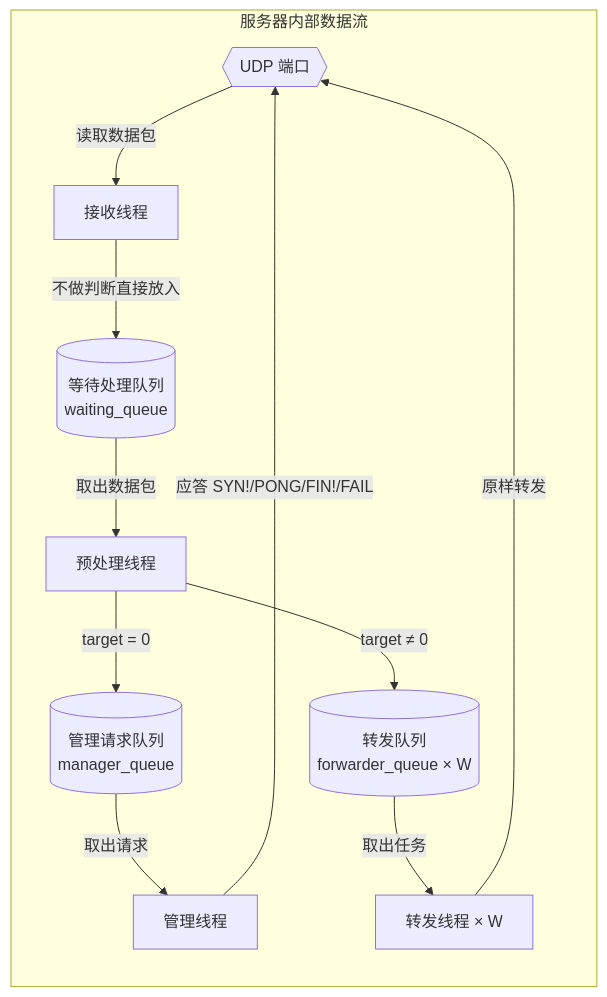
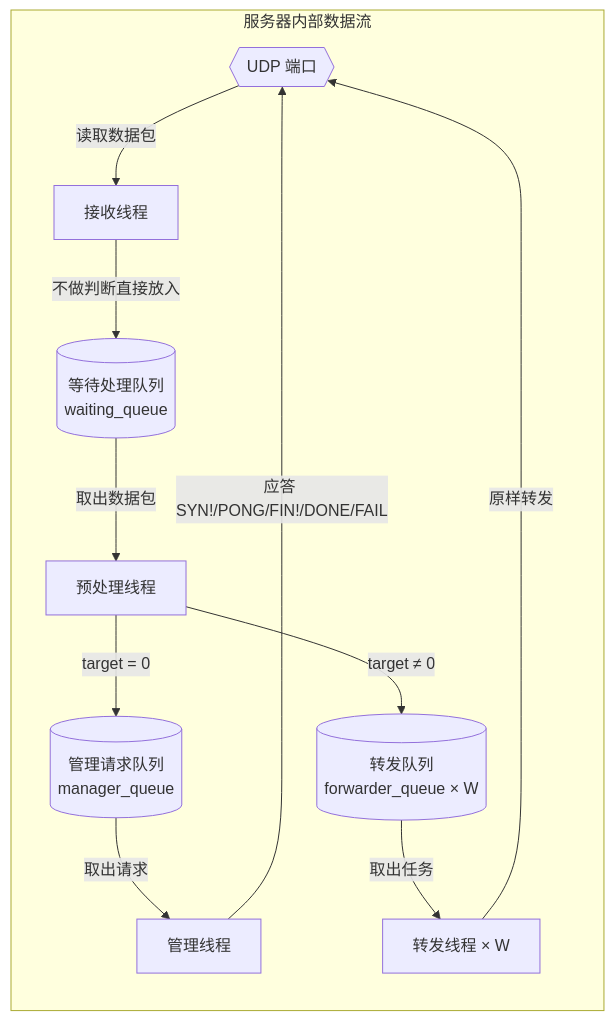
One commit to moky/magpie changed the second of 5 diagrams in docs/architecture.md. Above: the diagram before and after it, drawn with Mermaid. The commit also changed other lines of this file and 14 other files, not shown here.

````diff
--- a/docs/architecture.md
+++ b/docs/architecture.md
@@ -49,23 +49,23 @@
 ```mermaid
 flowchart LR
     subgraph 服务器内部数据流
         U{{UDP 端口}}
         R[接收线程]
         P[预处理线程]
         M[管理线程]
         F[转发线程 × W]
         Q1[(等待处理队列<br/>waiting_queue)]
         Q2[(管理请求队列<br/>manager_queue)]
         Q3[(转发队列<br/>forwarder_queue × W)]
 
         U -->|"读取数据包"| R
         R -->|"不做判断直接放入"| Q1
         Q1 -->|"取出数据包"| P
         P -->|"target = 0"| Q2
         P -->|"target ≠ 0"| Q3
         Q2 -->|"取出请求"| M
         Q3 -->|"取出任务"| F
-        M -->|"应答 SYN!/PONG/FIN!/FAIL"| U
+        M -->|"应答 SYN!/PONG/FIN!/DONE/FAIL"| U
         F -->|"原样转发"| U
     end
 ```
````
